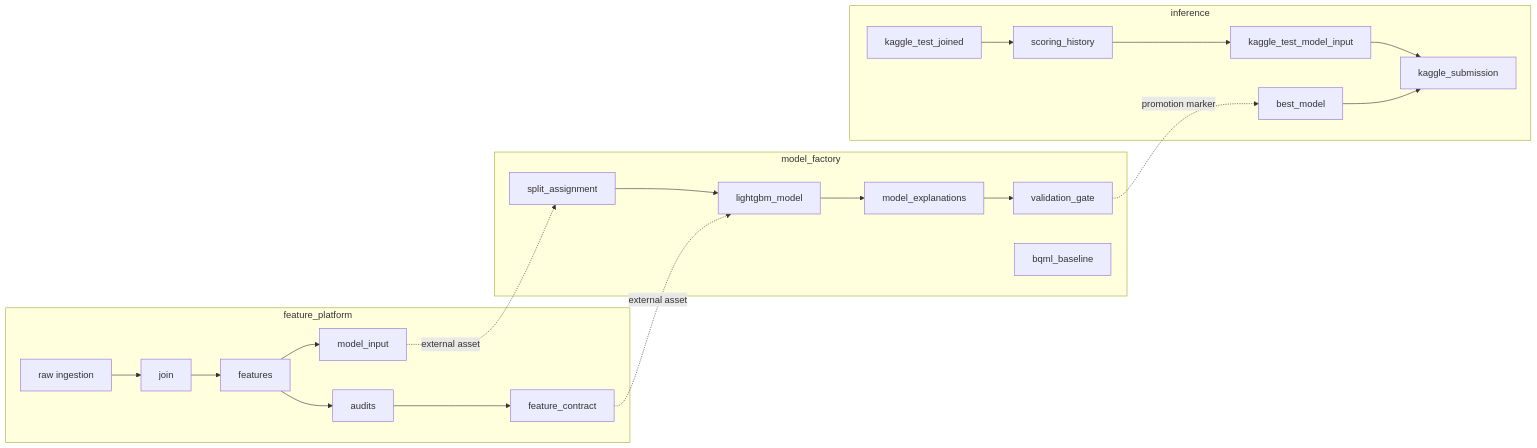
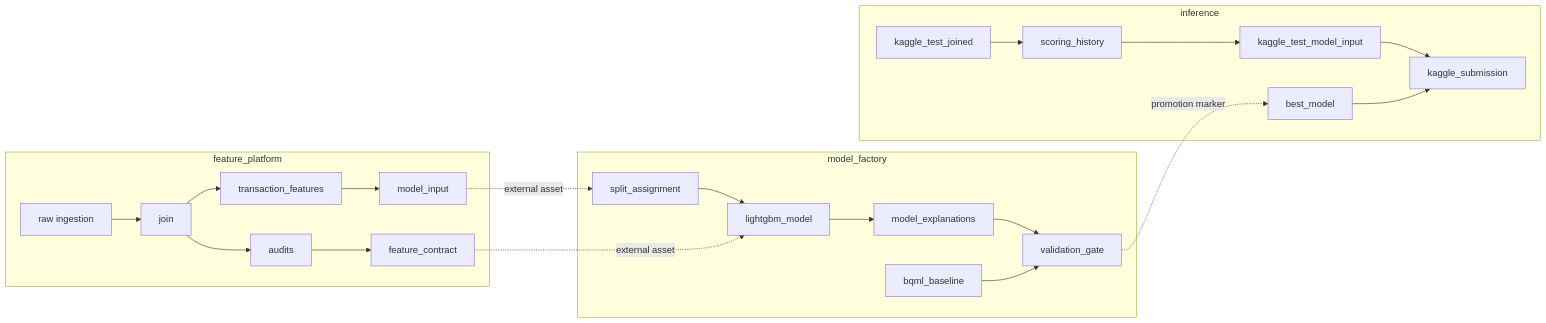
The diagram in docs/orchestration.md (jjabuk/fraud-detection-mlops), drawn with Mermaid before and after one commit. The commit also changed other lines of this file and 14 other files, not shown here.

````diff
--- a/docs/orchestration.md
+++ b/docs/orchestration.md
@@ -18,18 +11,18 @@
 ```mermaid
 graph LR
     subgraph FP["feature_platform"]
-        A1[raw ingestion] --> A2[join] --> A3[features] --> A4[model_input]
-        A3 --> A5[audits] --> A6[feature_contract]
+        A1[raw ingestion] --> A2[join] --> A3[transaction_features] --> A4[model_input]
+        A2 --> A5[audits] --> A6[feature_contract]
     end
     subgraph MF["model_factory"]
         B1[split_assignment] --> B2[lightgbm_model] --> B3[model_explanations] --> B4[validation_gate]
-        B5[bqml_baseline]
+        B5[bqml_baseline] --> B4
     end
     subgraph INF["inference"]
         C1[kaggle_test_joined] --> C2[scoring_history] --> C3[kaggle_test_model_input] --> C4[kaggle_submission]
         C5[best_model] --> C4
     end
     A4 -.->|external asset| B1
     A6 -.->|external asset| B2
     B4 -.->|promotion marker| C5
 ```
````
